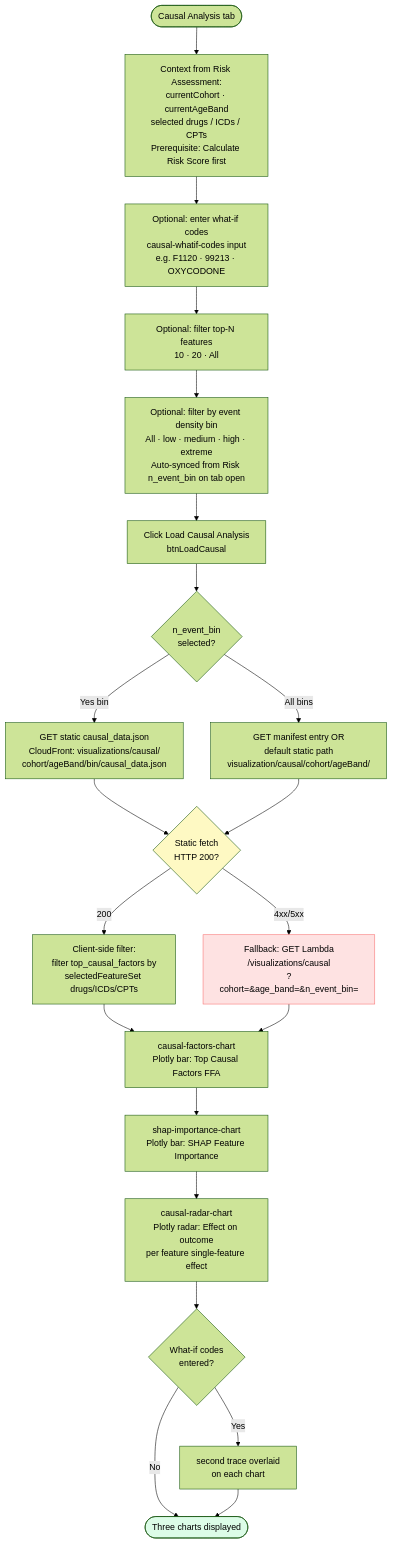
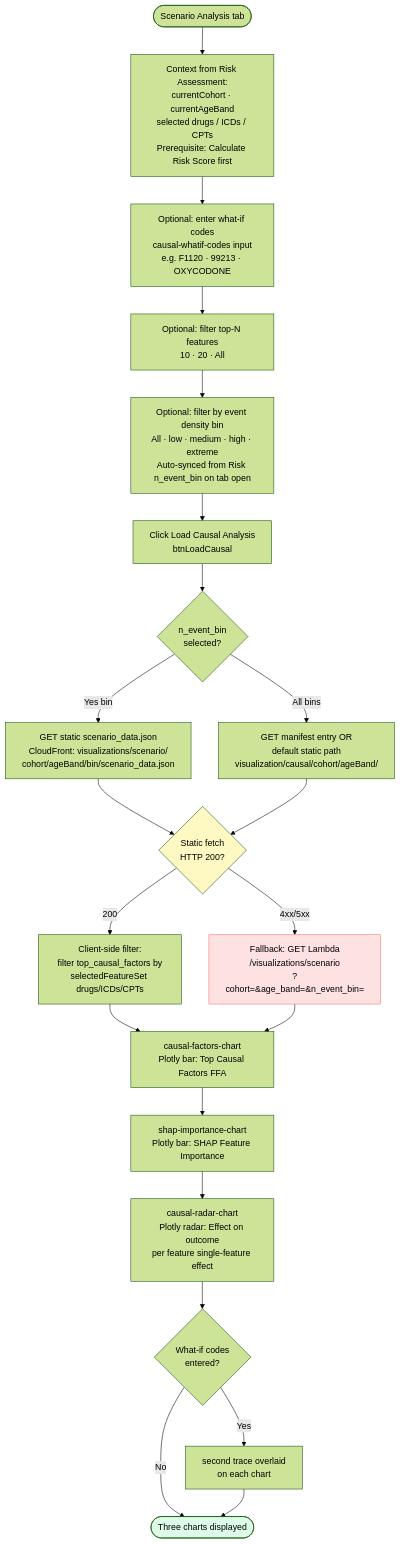
One commit to Jerome3590/pgx-analysis changed the ninth of 13 diagrams in 10_risk_dashboard/README.md. Above: the diagram before and after it, drawn with Mermaid (forest theme). The commit also changed other lines of this file and 13 other files, not shown here.

First line of the commit message:
Rename dashboard causal paths and docs to scenario.

````diff
--- a/10_risk_dashboard/README.md
+++ b/10_risk_dashboard/README.md
@@ -631,27 +631,27 @@
 ```mermaid
 flowchart TD
-    A([Causal Analysis tab]) --> B[Context from Risk Assessment:\ncurrentCohort · currentAgeBand\nselected drugs / ICDs / CPTs\nPrerequisite: Calculate Risk Score first]
+    A([Scenario Analysis tab]) --> B[Context from Risk Assessment:\ncurrentCohort · currentAgeBand\nselected drugs / ICDs / CPTs\nPrerequisite: Calculate Risk Score first]
     B --> C[Optional: enter what-if codes\ncausal-whatif-codes input\ne.g. F1120 · 99213 · OXYCODONE]
     C --> D[Optional: filter top-N features\n10 · 20 · All]
     D --> E[Optional: filter by event density bin\nAll · low · medium · high · extreme\nAuto-synced from Risk n_event_bin on tab open]
     E --> F[Click Load Causal Analysis\nbtnLoadCausal]
     F --> G{n_event_bin\nselected?}
-    G -->|Yes bin| H[GET static causal_data.json\nCloudFront: visualizations/causal/\ncohort/ageBand/bin/causal_data.json]
+    G -->|Yes bin| H[GET static scenario_data.json\nCloudFront: visualizations/scenario/\ncohort/ageBand/bin/scenario_data.json]
     G -->|All bins| I[GET manifest entry OR\ndefault static path\nvisualization/causal/cohort/ageBand/]
     H --> J{Static fetch\nHTTP 200?}
     I --> J
     J -->|200| K[Client-side filter:\nfilter top_causal_factors by\nselectedFeatureSet drugs/ICDs/CPTs]
-    J -->|4xx/5xx| L[Fallback: GET Lambda\n/visualizations/causal\n?cohort=&age_band=&n_event_bin=]
+    J -->|4xx/5xx| L[Fallback: GET Lambda\n/visualizations/scenario\n?cohort=&age_band=&n_event_bin=]
     K --> M[causal-factors-chart\nPlotly bar: Top Causal Factors FFA]
     L --> M
     M --> N[shap-importance-chart\nPlotly bar: SHAP Feature Importance]
     N --> O[causal-radar-chart\nPlotly radar: Effect on outcome\nper feature single-feature effect]
     O --> P{What-if codes\nentered?}
     P -->|Yes| Q[second trace overlaid\non each chart]
     P -->|No| R([Three charts displayed])
     Q --> R
 
     style J fill:#fef9c3
     style L fill:#fee2e2,stroke:#f87171
     style R fill:#dcfce7
 ```
````
